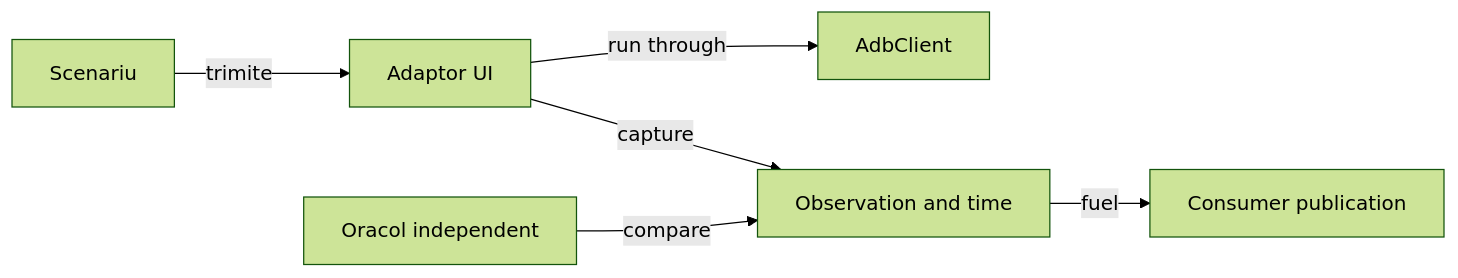
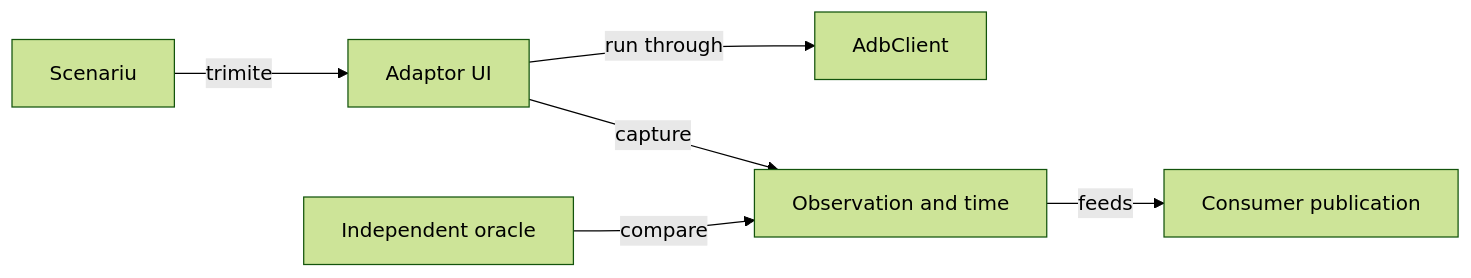
Before and after one commit to crististefanita/atf_j4: the diagram in atf-test-android/README.md, drawn with Mermaid (forest theme). The commit also changed other lines of this file and 84 other files, not shown here.

````diff
--- a/atf-test-android/README.md
+++ b/atf-test-android/README.md
@@ -11,8 +11,8 @@
 ```mermaid
 flowchart LR
     SCENARIO[Scenariu] -->|trimite| DRIVER[Adaptor UI]
     DRIVER -->|run through| ADB[AdbClient]
     DRIVER -->|capture| TRACE[Observation and time]
-    ORACLE[Oracol independent] -->|compare| TRACE
-    TRACE -->|fuel| PUBLISH[Consumer publication]
+    ORACLE[Independent oracle] -->|compare| TRACE
+    TRACE -->|feeds| PUBLISH[Consumer publication]
 ```
````
